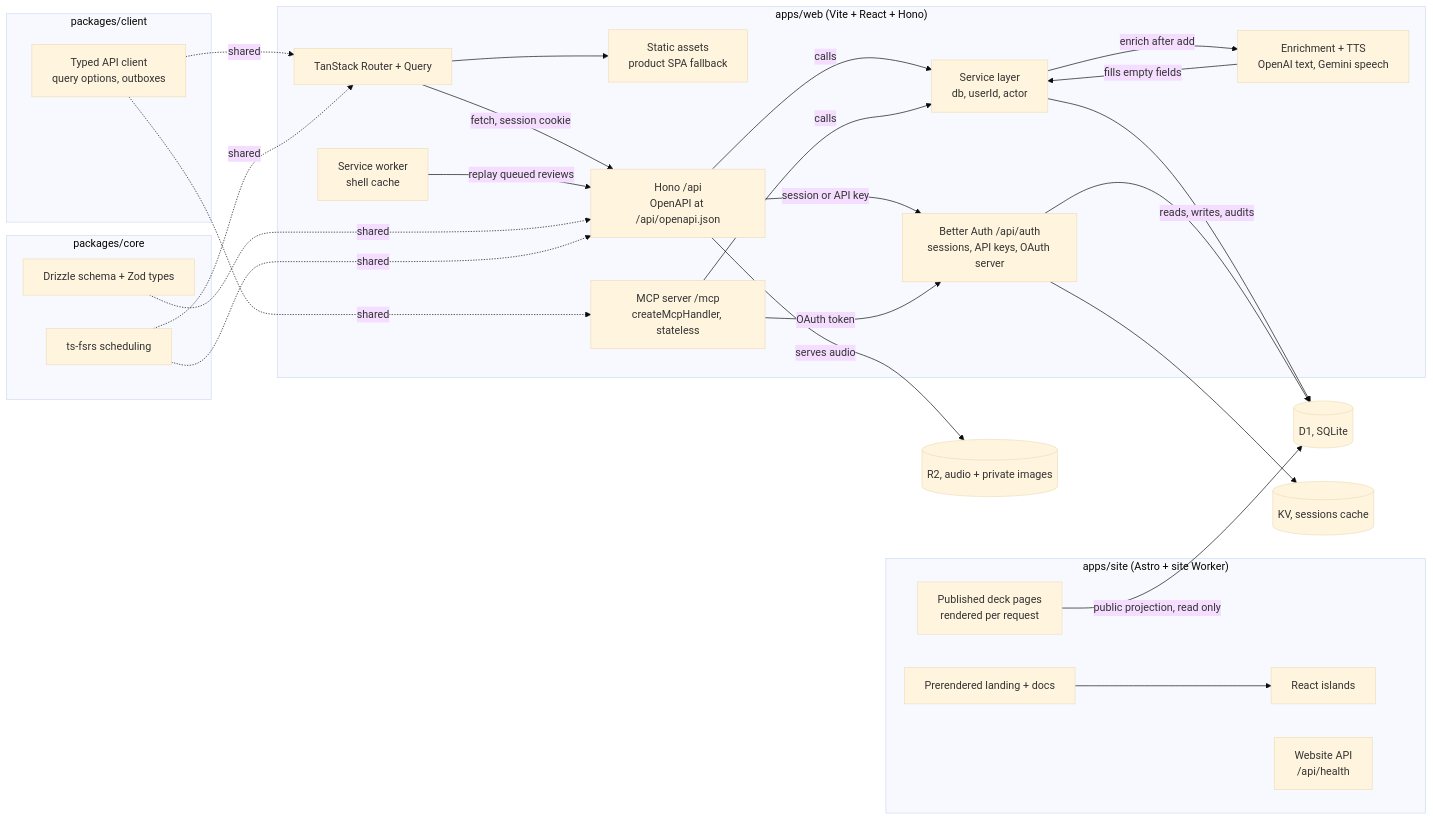
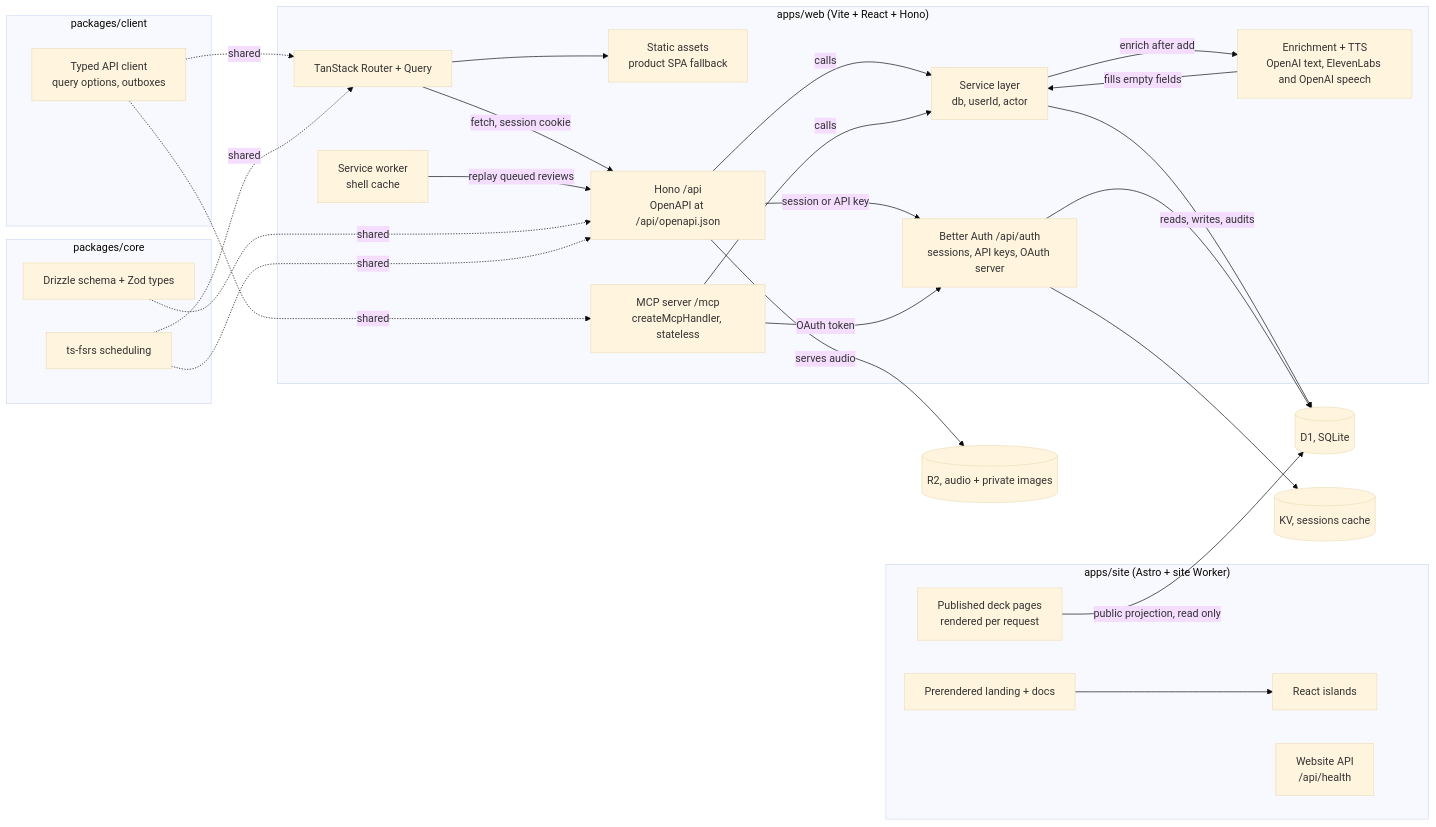
Before and after one commit to krambertech/lymi: the diagram in docs/stack.md, drawn with Mermaid (base theme). The commit also changed other lines of this file and 46 other files, not shown here.

First line of the commit message:
feat(audio): replace Google AI with ElevenLabs and OpenAI (#1097)

````diff
--- a/docs/stack.md
+++ b/docs/stack.md
@@ -9,51 +9,51 @@
 ```mermaid
 flowchart LR
   subgraph Site["apps/site (Astro + site Worker)"]
     Public[Prerendered landing + docs]
     Islands[React islands]
     Catalog[Published deck pages\nrendered per request]
     Health[Website API\n/api/health]
   end
   subgraph Product["apps/web (Vite + React + Hono)"]
     UI[TanStack Router + Query]
     SW[Service worker\nshell cache]
     Assets[Static assets\nproduct SPA fallback]
     API[Hono /api\nOpenAPI at /api/openapi.json]
     Services[Service layer\ndb, userId, actor]
     Auth[Better Auth /api/auth\nsessions, API keys, OAuth server]
     MCP[MCP server /mcp\ncreateMcpHandler, stateless]
-    AI[Enrichment + TTS\nOpenAI text, Gemini speech]
+    AI[Enrichment + TTS\nOpenAI text, ElevenLabs and OpenAI speech]
   end
   subgraph Core["packages/core"]
     Schema[Drizzle schema + Zod types]
     FSRS[ts-fsrs scheduling]
   end
   subgraph Shared["packages/client"]
     Client[Typed API client
 query options, outboxes]
   end
   D1[(D1, SQLite)]
   R2[(R2, audio + private images)]
   KV[(KV, sessions cache)]
 
   Public --> Islands
   Catalog -->|public projection, read only| D1
   UI --> Assets
   UI -->|fetch, session cookie| API
   SW -->|replay queued reviews| API
   API -->|calls| Services
   MCP -->|calls| Services
   Services -->|reads, writes, audits| D1
   Services -->|enrich after add| AI
   AI -->|fills empty fields| Services
   API -->|serves audio| R2
   API -->|session or API key| Auth
   MCP -->|OAuth token| Auth
   Auth --> D1
   Auth --> KV
   Client -.shared.-> UI
   Client -.shared.-> MCP
   Schema -.shared.-> API
   FSRS -.shared.-> UI
   FSRS -.shared.-> API
 ```
````
